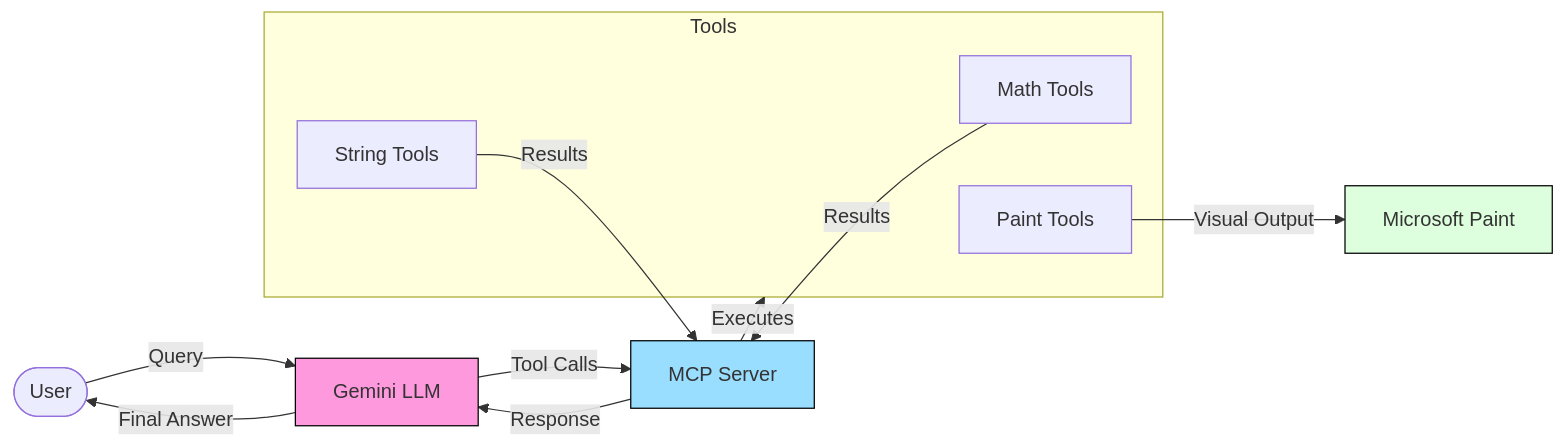
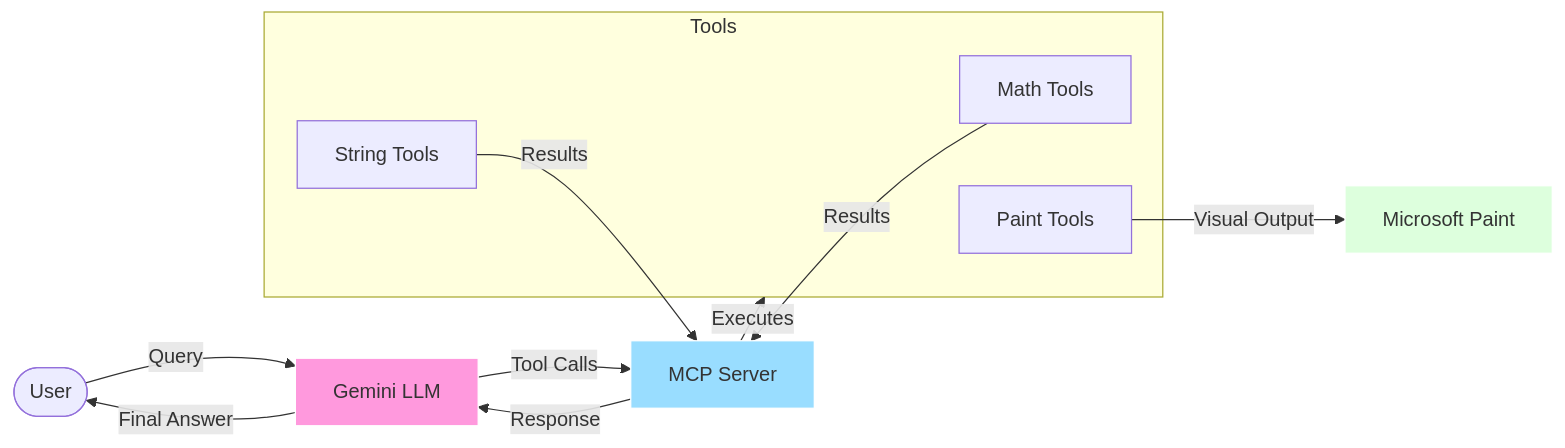
One commit to garima-mahato/ERA_V3 changed the first of 3 diagrams in Session25/README.md. Above: the diagram before and after it, drawn with Mermaid.

````diff
--- a/Session25/README.md
+++ b/Session25/README.md
@@ -11,23 +11,23 @@
 ```mermaid
 graph LR
     User([User]) --> |Query| LLM[Gemini LLM]
     LLM --> |Tool Calls| MCP[MCP Server]
     
     subgraph Tools
         Math[Math Tools]
         String[String Tools]
         Paint[Paint Tools]
     end
     
     MCP --> |Executes| Tools
     Math --> |Results| MCP
     String --> |Results| MCP
     Paint --> |Visual Output| MSPaint[Microsoft Paint]
     
     MCP --> |Response| LLM
     LLM --> |Final Answer| User
 
-    style LLM fill:#f9d,stroke:#000
-    style MCP fill:#9df,stroke:#000
-    style MSPaint fill:#dfd,stroke:#000
+    style LLM fill:#f9d,stroke:#fff
+    style MCP fill:#9df,stroke:#fff
+    style MSPaint fill:#dfd,stroke:#fff
 ```
````
